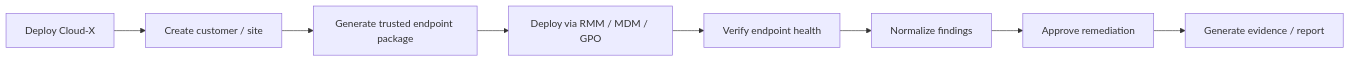
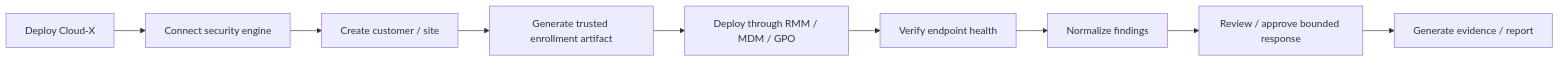
The second of 6 diagrams in README.md (MAPLEIZER/Cloud-X-MVP), drawn with Mermaid before and after one commit. The commit also changed other lines of this file, not shown here.

Commit message:
docs(readme): modernize Cloud-X project overview

````diff
--- a/README.md
+++ b/README.md
@@ -143,10 +160,11 @@
 ```mermaid
 flowchart LR
-    A["Deploy Cloud-X"] --> B["Create customer / site"]
-    B --> C["Generate trusted endpoint package"]
-    C --> D["Deploy via RMM / MDM / GPO"]
-    D --> E["Verify endpoint health"]
-    E --> F["Normalize findings"]
-    F --> G["Approve remediation"]
-    G --> H["Generate evidence / report"]
+    A["Deploy Cloud-X"] --> B["Connect security engine"]
+    B --> C["Create customer / site"]
+    C --> D["Generate trusted enrollment artifact"]
+    D --> E["Deploy through RMM / MDM / GPO"]
+    E --> F["Verify endpoint health"]
+    F --> G["Normalize findings"]
+    G --> H["Review / approve bounded response"]
+    H --> I["Generate evidence / report"]
 ```
````
